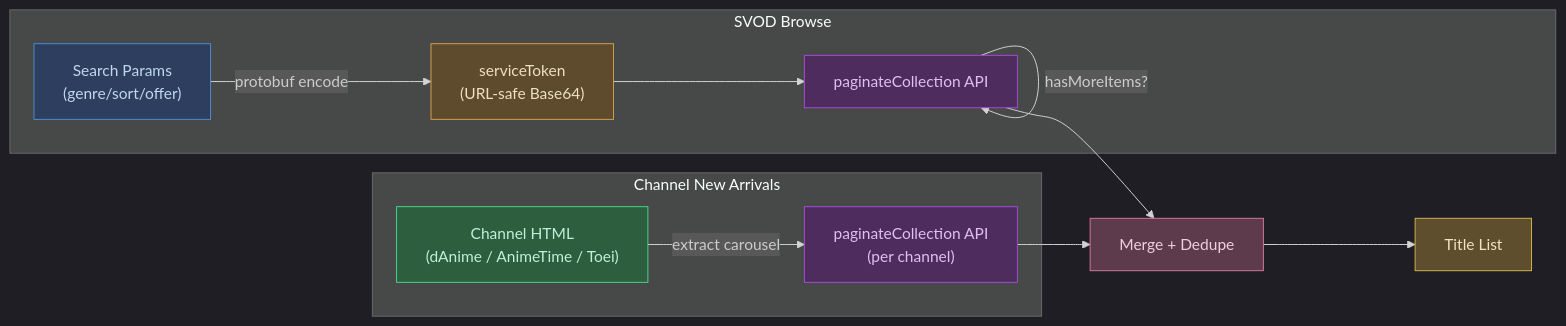
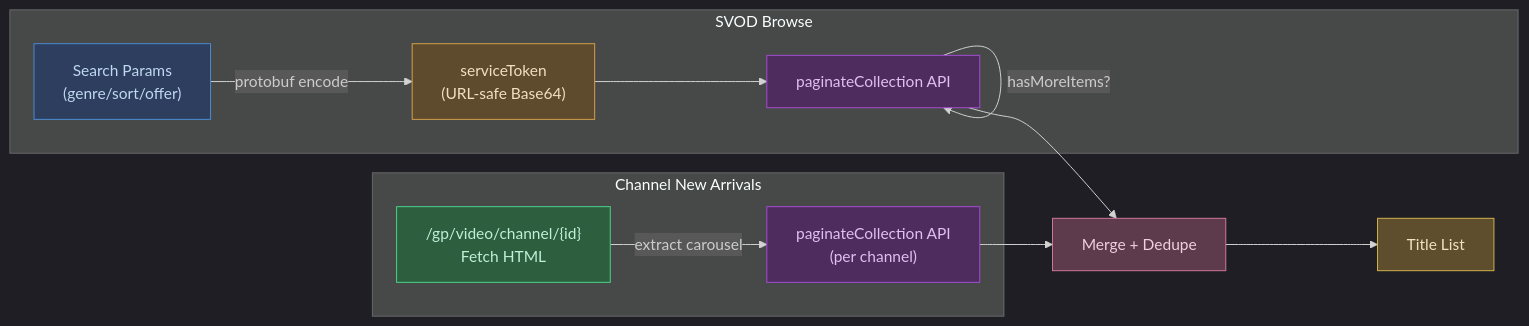
Before and after one commit to tkgstrator/anime-tracker: the second of 5 diagrams in README.md, drawn with Mermaid.

Commit message:
fix(readme): clarify channel HTML fetch in Prime Video diagram
Show the actual endpoint path and "Fetch HTML" label to match
the convention used in Hulu's detail diagram.

````diff
--- a/README.md
+++ b/README.md
@@ -108,25 +108,25 @@
 ```mermaid
 %%{init: {'theme': 'dark'}}%%
 graph LR
     subgraph SVOD ["SVOD Browse"]
         Params["Search Params<br/>(genre/sort/offer)"] -->|protobuf encode| Token["serviceToken<br/>(URL-safe Base64)"]
         Token --> Paginate["paginateCollection API"]
         Paginate -->|"hasMoreItems?"| Paginate
     end
 
     subgraph Channels ["Channel New Arrivals"]
-        ChPage["Channel HTML<br/>(dAnime / AnimeTime / Toei)"] -->|"extract carousel"| ChPag["paginateCollection API<br/>(per channel)"]
+        ChPage["/gp/video/channel/{id}<br/>Fetch HTML"] -->|"extract carousel"| ChPag["paginateCollection API<br/>(per channel)"]
     end
 
     Paginate --> Merge["Merge + Dedupe"]
     ChPag --> Merge
     Merge --> Titles["Title List"]
 
     style Params fill:#2d3e5e,stroke:#4c8cd4,color:#c0d8f0
     style Token fill:#5e4a2d,stroke:#d4a04c,color:#f0e0c0
     style Paginate fill:#4e2d5e,stroke:#a44cd4,color:#e0c0f0
     style ChPage fill:#2d5e3e,stroke:#4cd48c,color:#c0f0d8
     style ChPag fill:#4e2d5e,stroke:#a44cd4,color:#e0c0f0
     style Merge fill:#5e3a4d,stroke:#d4789c,color:#f0d0e0
     style Titles fill:#5e4e2d,stroke:#d4b44c,color:#f0e4c0
 ```
````
